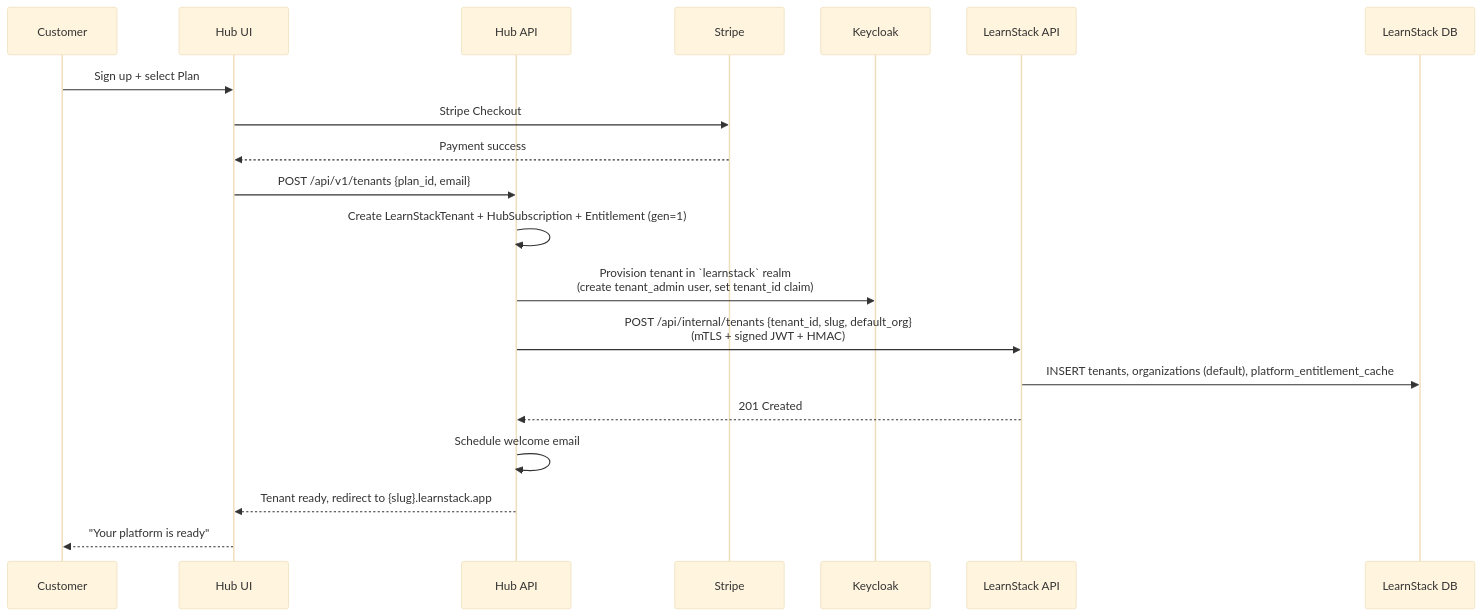
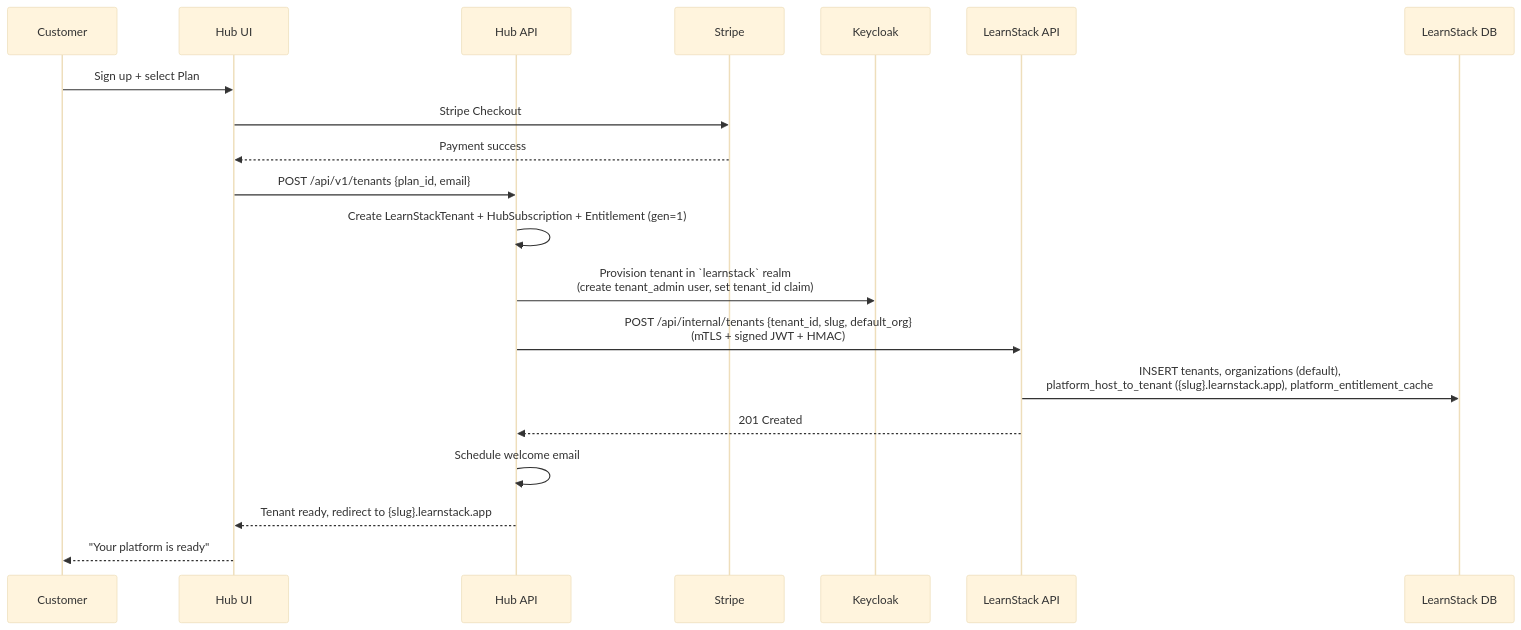
Before and after one commit to HodeTech/LearnStack: the third of 7 diagrams in docs/architecture/24-learnstack-hub.md, drawn with Mermaid (base theme). The commit also changed other lines of this file and 97 other files, not shown here.

First line of the commit message:
docs: restructure the roadmap around the one-way-door test, and close 151 audit findings (#9)

````diff
--- a/docs/architecture/24-learnstack-hub.md
+++ b/docs/architecture/24-learnstack-hub.md
@@ -321,23 +343,23 @@
 ```mermaid
 sequenceDiagram
     participant Customer
     participant HubUI as Hub UI
     participant HubAPI as Hub API
     participant Stripe
     participant Keycloak
     participant LSApi as LearnStack API
     participant LSDB as LearnStack DB
 
     Customer->>HubUI: Sign up + select Plan
     HubUI->>Stripe: Stripe Checkout
     Stripe-->>HubUI: Payment success
     HubUI->>HubAPI: POST /api/v1/tenants {plan_id, email}
     HubAPI->>HubAPI: Create LearnStackTenant + HubSubscription + Entitlement (gen=1)
     HubAPI->>Keycloak: Provision tenant in `learnstack` realm<br/>(create tenant_admin user, set tenant_id claim)
     HubAPI->>LSApi: POST /api/internal/tenants {tenant_id, slug, default_org}<br/>(mTLS + signed JWT + HMAC)
-    LSApi->>LSDB: INSERT tenants, organizations (default), platform_entitlement_cache
+    LSApi->>LSDB: INSERT tenants, organizations (default),<br/>platform_host_to_tenant ({slug}.learnstack.app), platform_entitlement_cache
     LSApi-->>HubAPI: 201 Created
     HubAPI->>HubAPI: Schedule welcome email
     HubAPI-->>HubUI: Tenant ready, redirect to {slug}.learnstack.app
     HubUI-->>Customer: "Your platform is ready"
 ```
````
